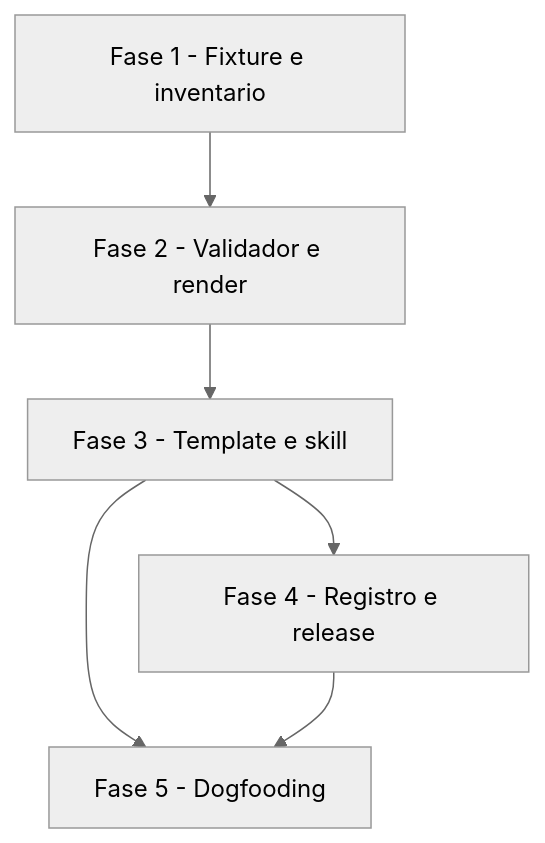
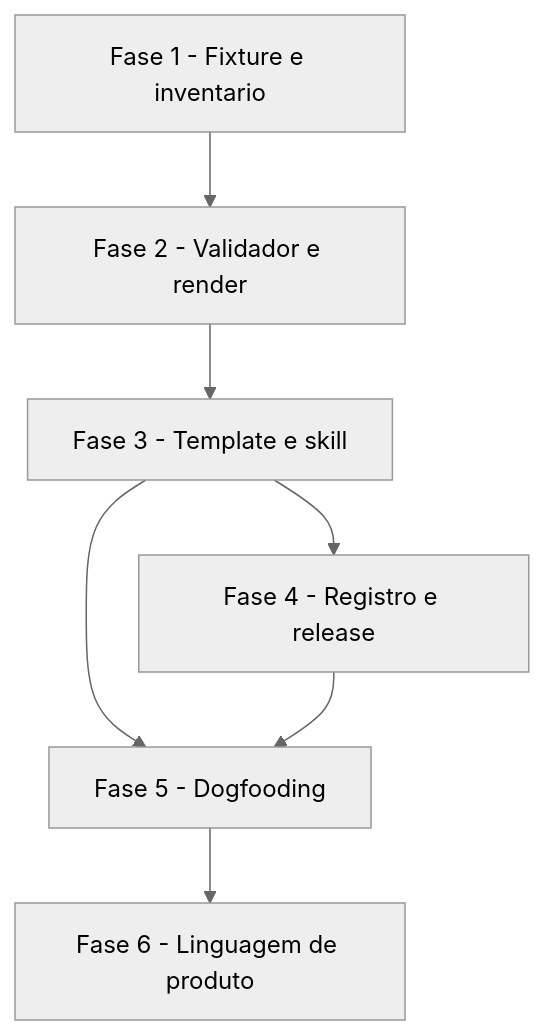
Before and after one commit to JotJunior/cstk: the diagram in docs/specs/presentation/tasks.md, drawn with Mermaid (neutral theme). The commit also changed other lines of this file and 16 other files, not shown here.

First line of the commit message:
feat(presentation): linguagem de produto, sem tecniques

````diff
--- a/docs/specs/presentation/tasks.md
+++ b/docs/specs/presentation/tasks.md
@@ -112,14 +144,15 @@
 ```mermaid
 flowchart TD
     F1[Fase 1 - Fixture e inventario]
     F2[Fase 2 - Validador e render]
     F3[Fase 3 - Template e skill]
     F4[Fase 4 - Registro e release]
     F5[Fase 5 - Dogfooding]
 
     F1 --> F2
     F2 --> F3
     F3 --> F4
     F3 --> F5
     F4 --> F5
+    F5 --> F6[Fase 6 - Linguagem de produto]
 ```
````
